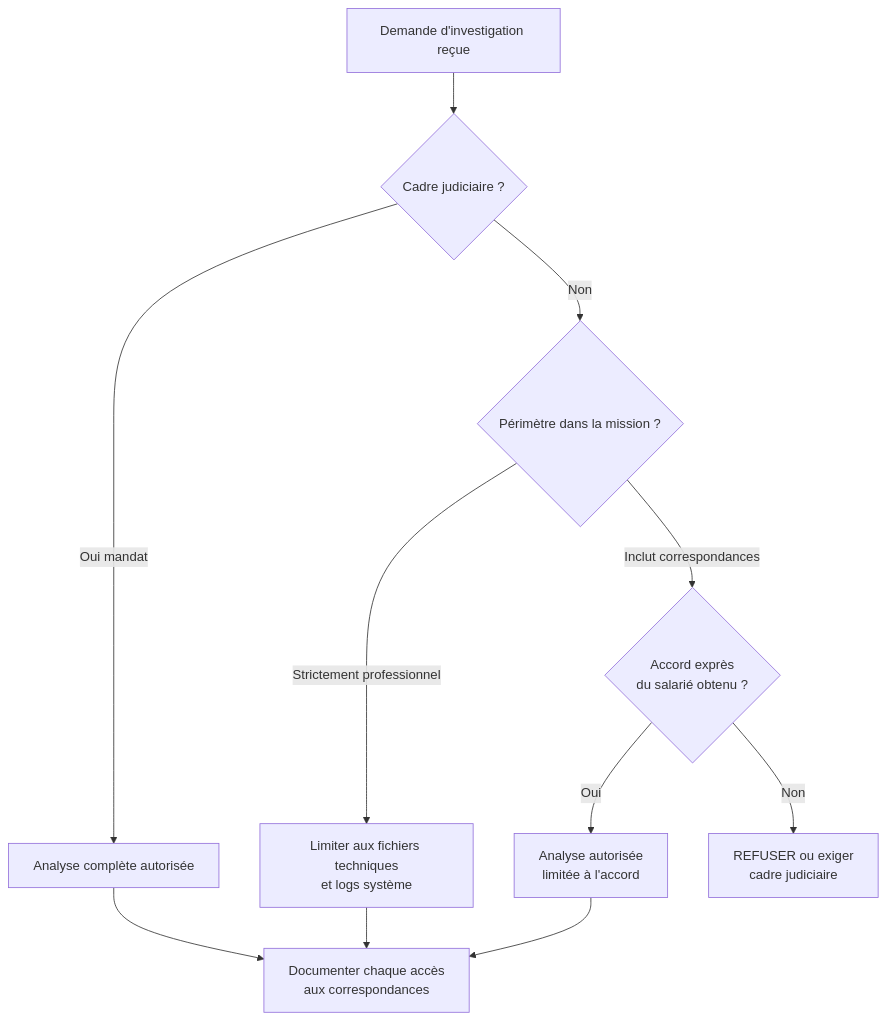
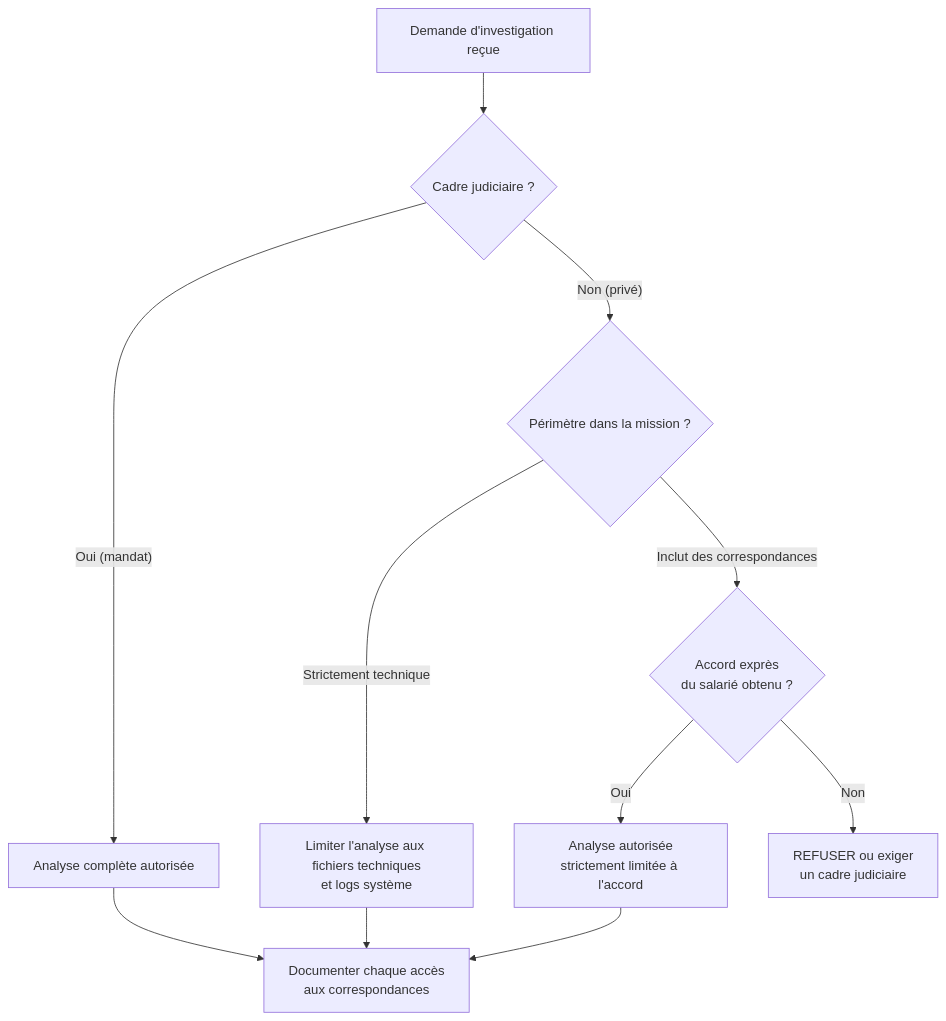
Before and after one commit to zyrass/omnydocs: the fifth of 5 diagrams in docs/cursus-forensic/01-cycle-0-fondations/module-1-legislation/04-article-226-15.md, drawn with Mermaid. The commit also changed other lines of this file and 171 other files, not shown here.

````diff
--- a/docs/cursus-forensic/01-cycle-0-fondations/module-1-legislation/04-article-226-15.md
+++ b/docs/cursus-forensic/01-cycle-0-fondations/module-1-legislation/04-article-226-15.md
@@ -288,13 +324,13 @@
 ```mermaid
 flowchart TB
-    A[Demande d'investigation reçue] --> B{Cadre judiciaire ?}
-    B -->|Oui mandat| C[Analyse complète autorisée]
-    B -->|Non| D{Périmètre dans la mission ?}
-    D -->|Strictement professionnel| E[Limiter aux fichiers techniques<br>et logs système]
-    D -->|Inclut correspondances| F{Accord exprès<br>du salarié obtenu ?}
-    F -->|Oui| G[Analyse autorisée<br>limitée à l'accord]
-    F -->|Non| H[REFUSER ou exiger<br>cadre judiciaire]
-    C --> I[Documenter chaque accès<br>aux correspondances]
+    A["Demande d'investigation reçue"] --> B{"Cadre judiciaire ?"}
+    B -->|"Oui (mandat)"| C["Analyse complète autorisée"]
+    B -->|"Non (privé)"| D{"Périmètre dans la mission ?"}
+    D -->|"Strictement technique"| E["Limiter l'analyse aux fichiers techniques<br>et logs système"]
+    D -->|"Inclut des correspondances"| F{"Accord exprès<br>du salarié obtenu ?"}
+    F -->|"Oui"| G["Analyse autorisée<br>strictement limitée à l'accord"]
+    F -->|"Non"| H["REFUSER ou exiger<br>un cadre judiciaire"]
+    C --> I["Documenter chaque accès<br>aux correspondances"]
     G --> I
     E --> I
 ```
````
